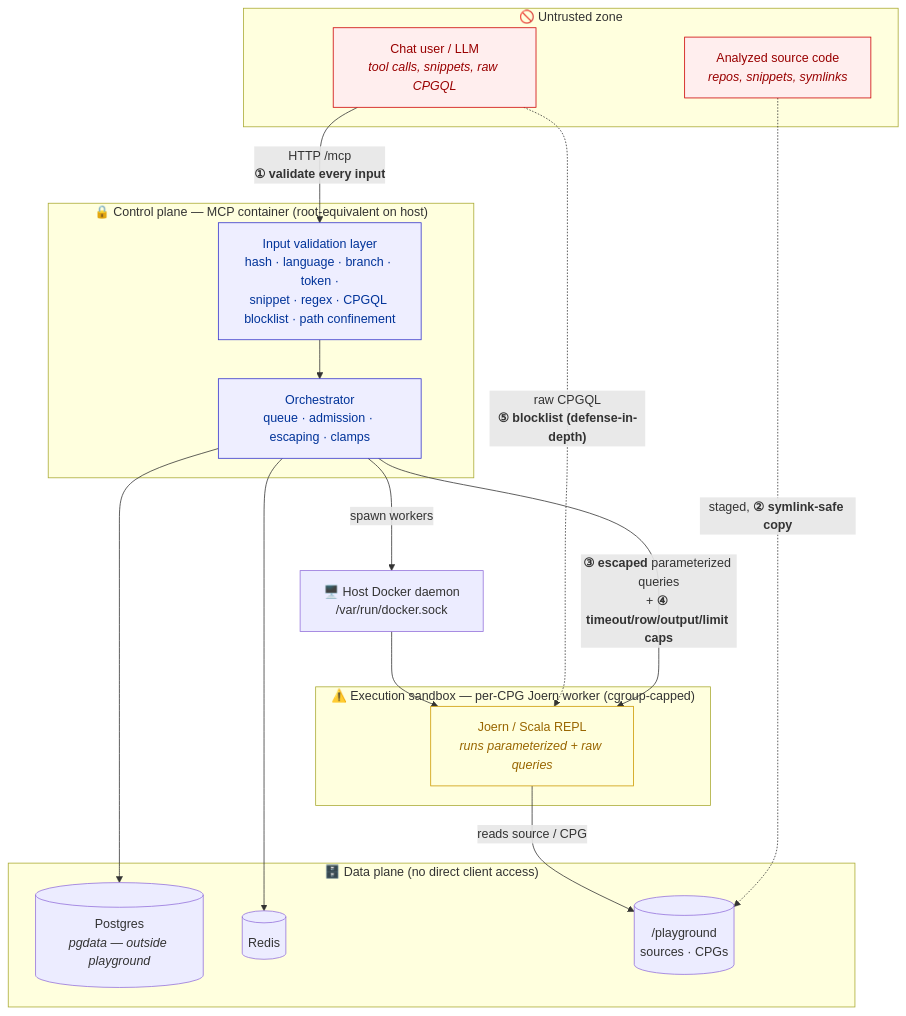
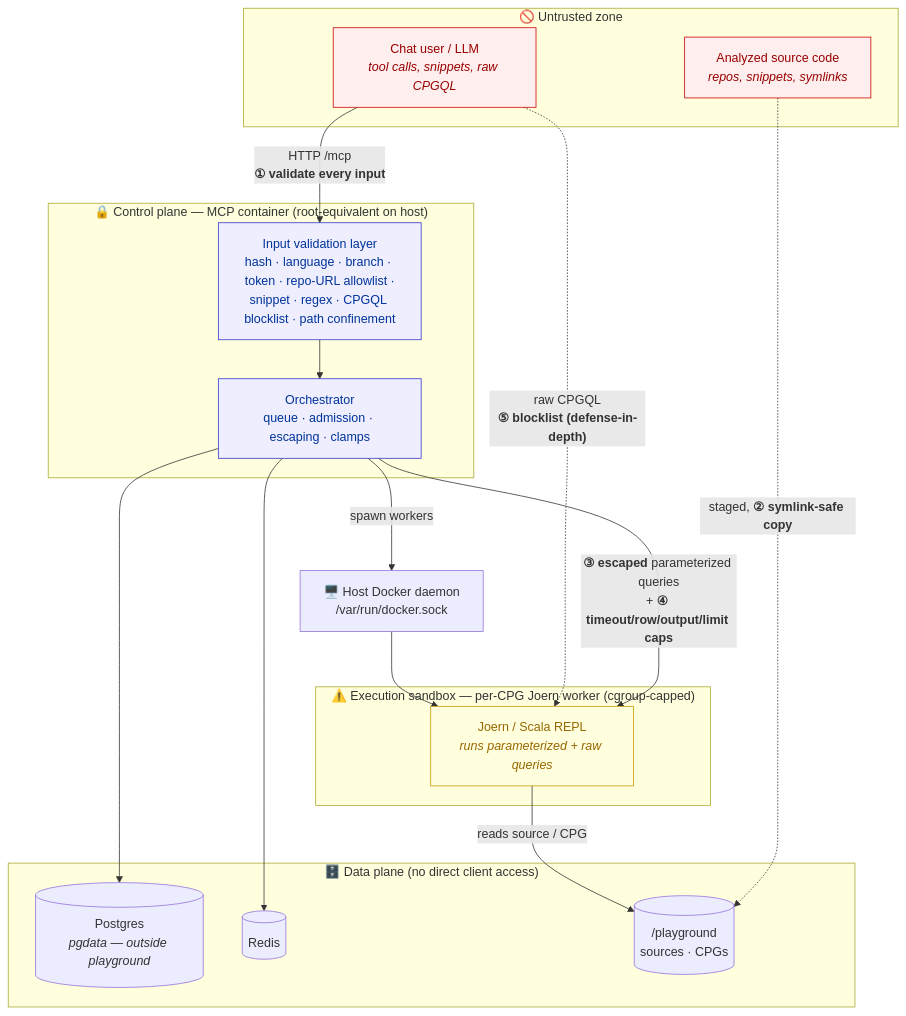
One commit to Lekssays/codebadger changed the first of 2 diagrams in docs/security.md. Above: the diagram before and after it, drawn with Mermaid. The commit also changed other lines of this file and 2 other files, not shown here.

````diff
--- a/docs/security.md
+++ b/docs/security.md
@@ -28,40 +28,40 @@
 ```mermaid
 flowchart TB
     subgraph UNTRUSTED["🚫 Untrusted zone"]
         U["Chat user / LLM<br/><i>tool calls, snippets, raw CPGQL</i>"]
         SRC["Analyzed source code<br/><i>repos, snippets, symlinks</i>"]
     end
 
     subgraph CONTROL["🔒 Control plane — MCP container (root-equivalent on host)"]
-        V["Input validation layer<br/>hash · language · branch · token ·<br/>snippet · regex · CPGQL blocklist · path confinement"]
+        V["Input validation layer<br/>hash · language · branch · token · repo-URL allowlist ·<br/>snippet · regex · CPGQL blocklist · path confinement"]
         ORCH["Orchestrator<br/>queue · admission · escaping · clamps"]
     end
 
     subgraph EXEC["⚠️ Execution sandbox — per-CPG Joern worker (cgroup-capped)"]
         J["Joern / Scala REPL<br/><i>runs parameterized + raw queries</i>"]
     end
 
     subgraph DATA["🗄️ Data plane (no direct client access)"]
         PG[("Postgres<br/><i>pgdata — outside playground</i>")]
         RD[("Redis")]
         PLAY[("/playground<br/>sources · CPGs")]
     end
 
     HOST["🖥️ Host Docker daemon<br/>/var/run/docker.sock"]
 
     U -->|"HTTP /mcp<br/><b>① validate every input</b>"| V
     V --> ORCH
     SRC -.->|"staged, <b>② symlink-safe copy</b>"| PLAY
     ORCH -->|"<b>③ escaped</b> parameterized queries<br/>+ <b>④ timeout/row/output/limit caps</b>"| J
     U -.->|"raw CPGQL<br/><b>⑤ blocklist (defense-in-depth)</b>"| J
     ORCH --> PG & RD
     ORCH -->|"spawn workers"| HOST --> J
     J -->|"reads source / CPG"| PLAY
 
     classDef untrusted fill:#fee,stroke:#c00,color:#900;
     classDef control fill:#eef,stroke:#33c,color:#039;
     classDef exec fill:#ffd,stroke:#c90,color:#960;
     class U,SRC untrusted;
     class V,ORCH control;
     class J exec;
 ```
````
